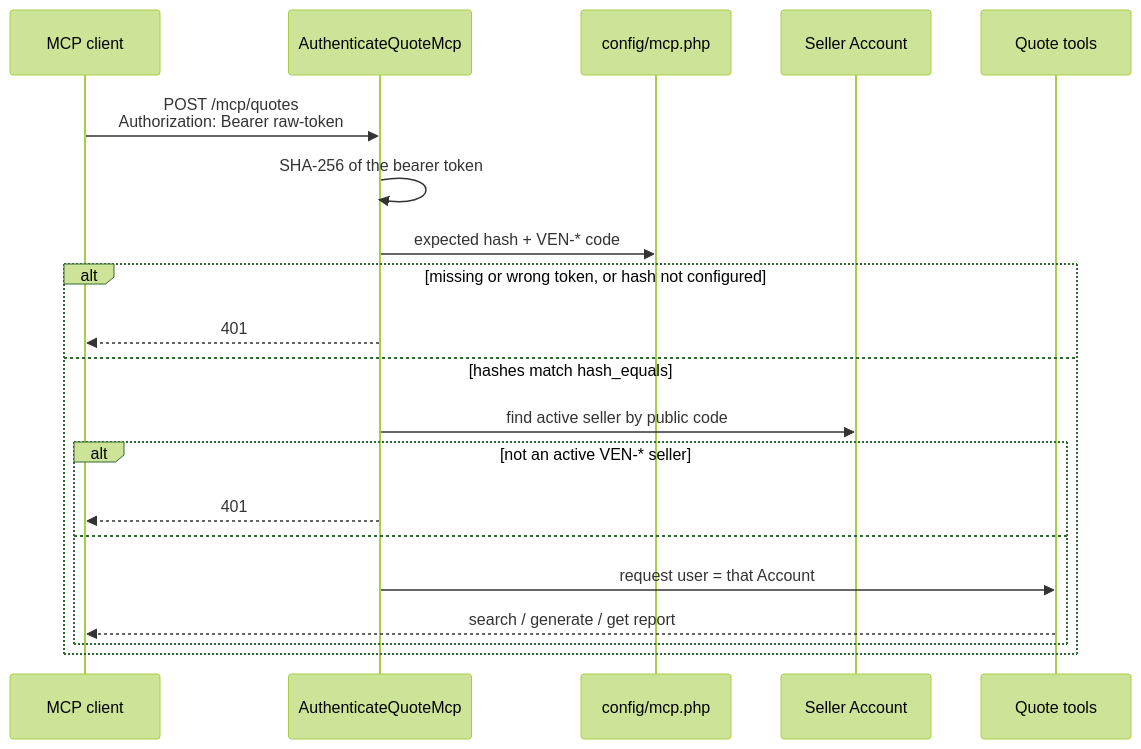
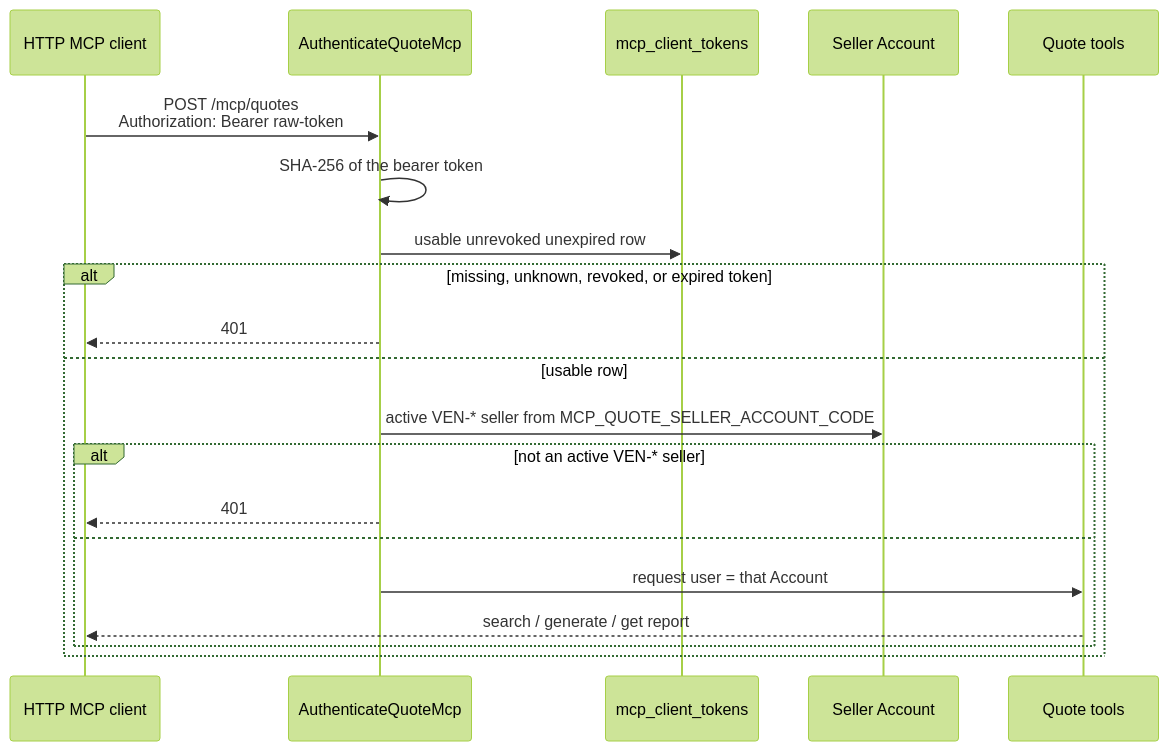
Before and after one commit to wolneydev/laravel-mcp-quote-poc: the fifth of 5 diagrams in .specs/SOLUTION-OVERVIEW.md, drawn with Mermaid (forest theme). The commit also changed other lines of this file and 17 other files, not shown here.

Commit message:
fix: restore local Quote MCP and show persisted draft money Claude Code can call quote tools over local stdio again, and generated drafts copy Laravel's stored prices and totals instead of hiding or inventing them.

````diff
--- a/.specs/SOLUTION-OVERVIEW.md
+++ b/.specs/SOLUTION-OVERVIEW.md
@@ -187,23 +189,23 @@
 ```mermaid
 sequenceDiagram
-    participant Client as MCP client
+    participant Client as HTTP MCP client
     participant MW as AuthenticateQuoteMcp
-    participant Cfg as config/mcp.php
+    participant Tokens as mcp_client_tokens
     participant Acc as Seller Account
     participant Tools as Quote tools
 
     Client->>MW: POST /mcp/quotes<br/>Authorization: Bearer raw-token
     MW->>MW: SHA-256 of the bearer token
-    MW->>Cfg: expected hash + VEN-* code
-    alt missing or wrong token, or hash not configured
+    MW->>Tokens: usable unrevoked unexpired row
+    alt missing, unknown, revoked, or expired token
         MW-->>Client: 401
-    else hashes match hash_equals
-        MW->>Acc: find active seller by public code
+    else usable row
+        MW->>Acc: active VEN-* seller from MCP_QUOTE_SELLER_ACCOUNT_CODE
         alt not an active VEN-* seller
             MW-->>Client: 401
         else
             MW->>Tools: request user = that Account
             Tools-->>Client: search / generate / get report
         end
     end
 ```
````
